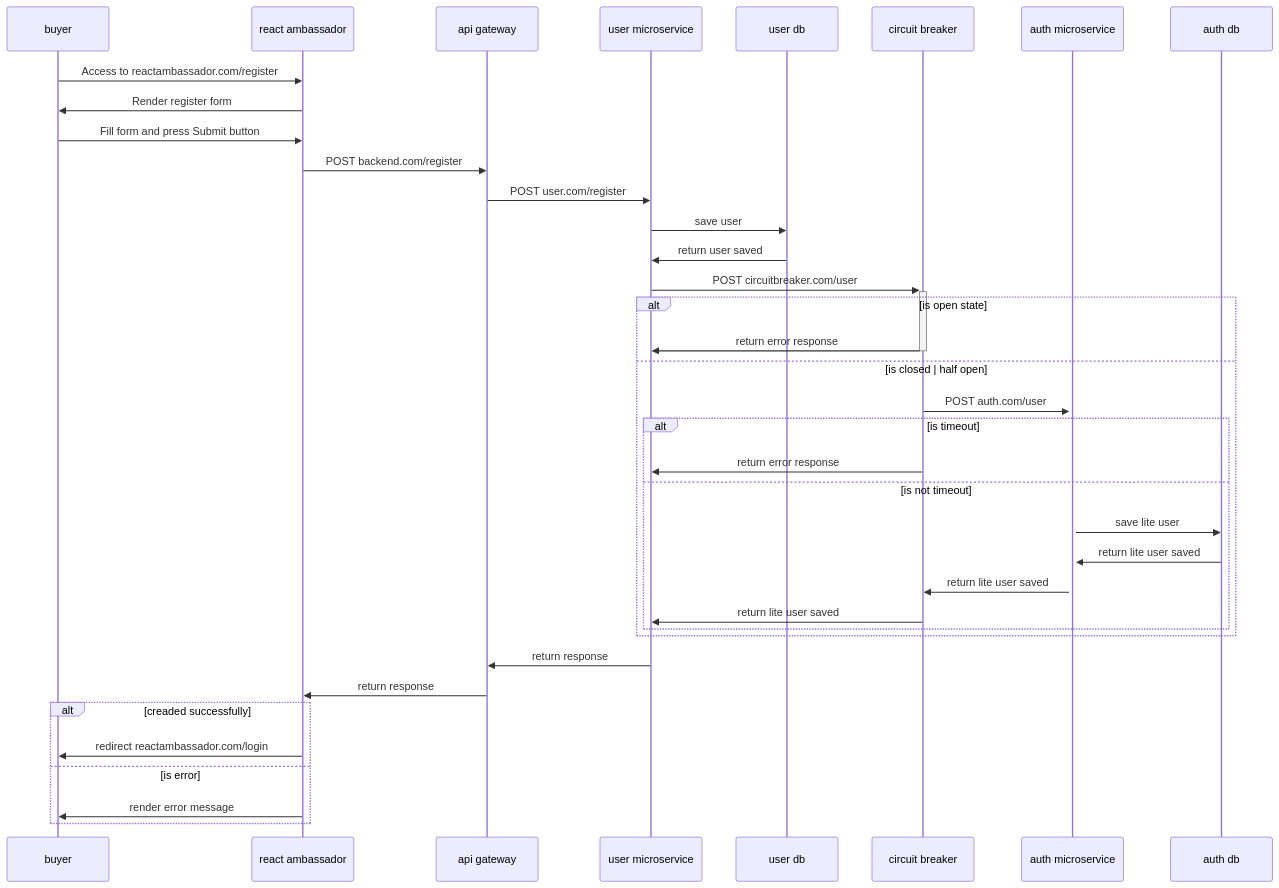
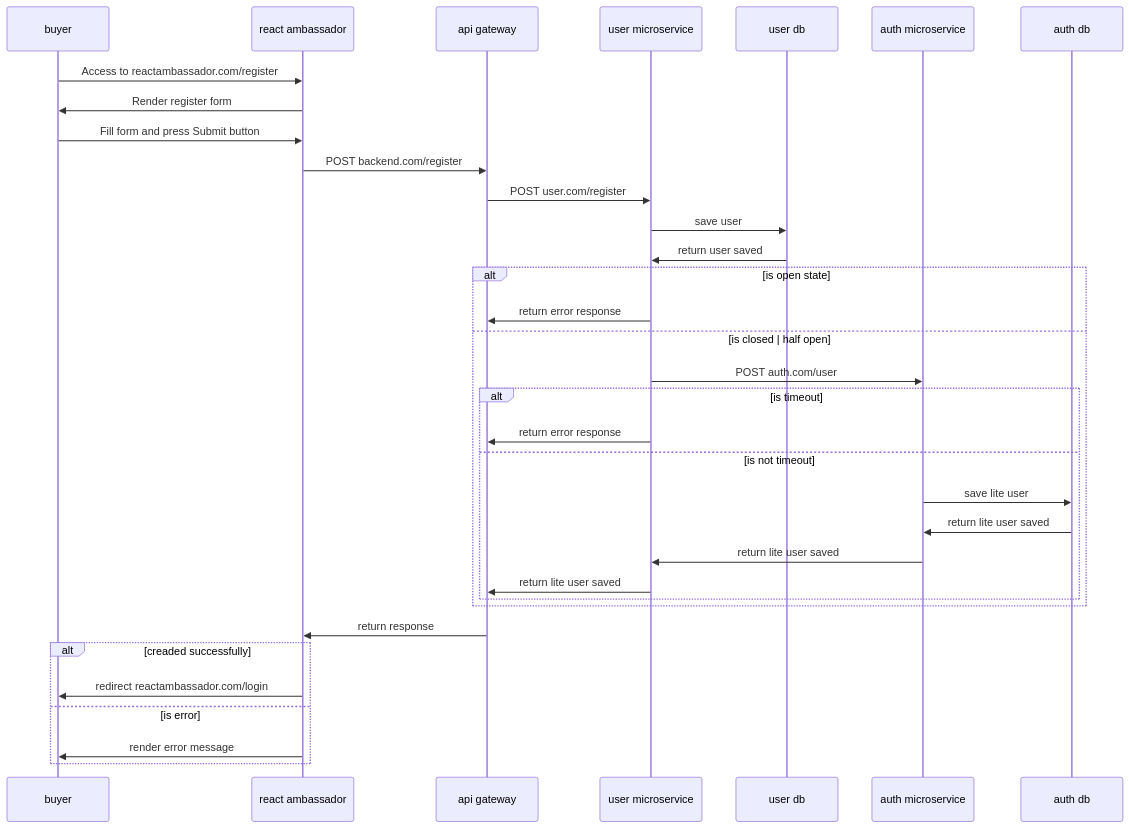
Before and after one commit to samuVillegas/architecture-diagrams: the diagram in register.mmd, drawn with Mermaid.

```diff
--- a/register.mmd
+++ b/register.mmd
@@ -1,29 +1,27 @@
 sequenceDiagram
     buyer->>react ambassador: Access to reactambassador.com/register
     react ambassador->>buyer: Render register form
     buyer->>react ambassador: Fill form and press Submit button
     react ambassador->>api gateway: POST backend.com/register
     api gateway->>user microservice: POST user.com/register
     user microservice->>user db: save user
     user db->>user microservice: return user saved
-    user microservice->>+circuit breaker: POST circuitbreaker.com/user
     alt is open state
-        circuit breaker->>-user microservice: return error response
+        user microservice->>api gateway: return error response
     else is closed | half open
-        circuit breaker->>+auth microservice: POST auth.com/user
+        user microservice->>auth microservice: POST auth.com/user
         alt is timeout
-            circuit breaker->>user microservice: return error response
+            user microservice->>api gateway: return error response
         else is not timeout
             auth microservice->>auth db: save lite user
             auth db->>auth microservice: return lite user saved
-            auth microservice->>circuit breaker: return lite user saved
-            circuit breaker->>user microservice: return lite user saved
+            auth microservice->>user microservice: return lite user saved
+            user microservice->>api gateway: return lite user saved
         end
     end
-    user microservice->>api gateway: return response
     api gateway->>react ambassador: return response
     alt creaded successfully
         react ambassador->>buyer: redirect reactambassador.com/login
     else is error
         react ambassador->>buyer: render error message
     end
```
